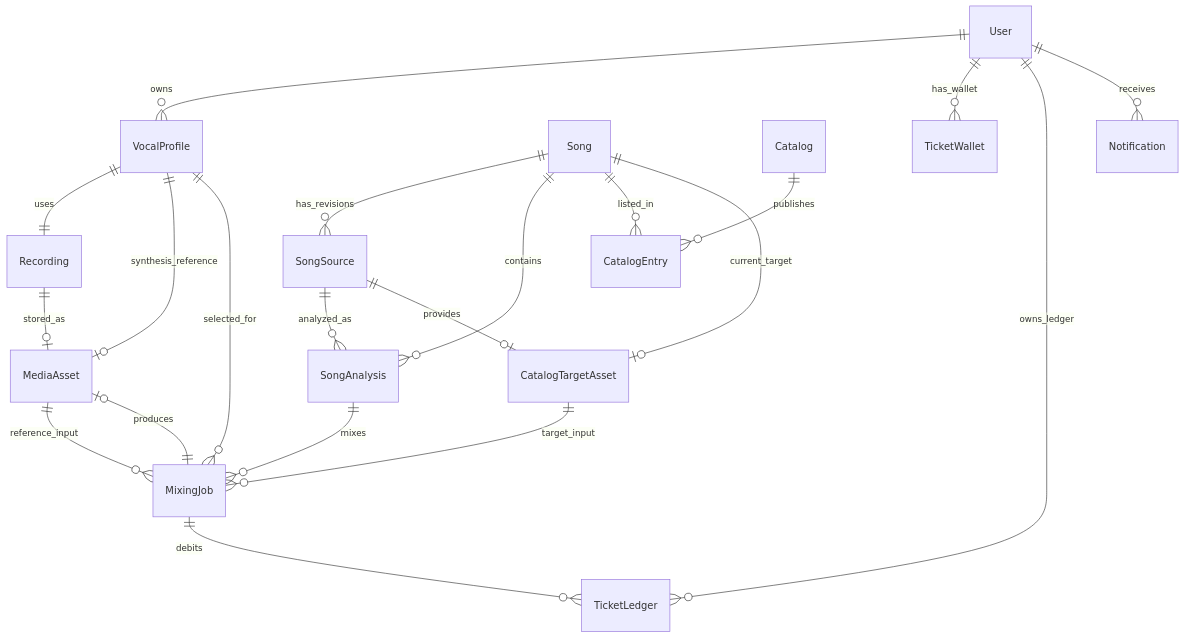
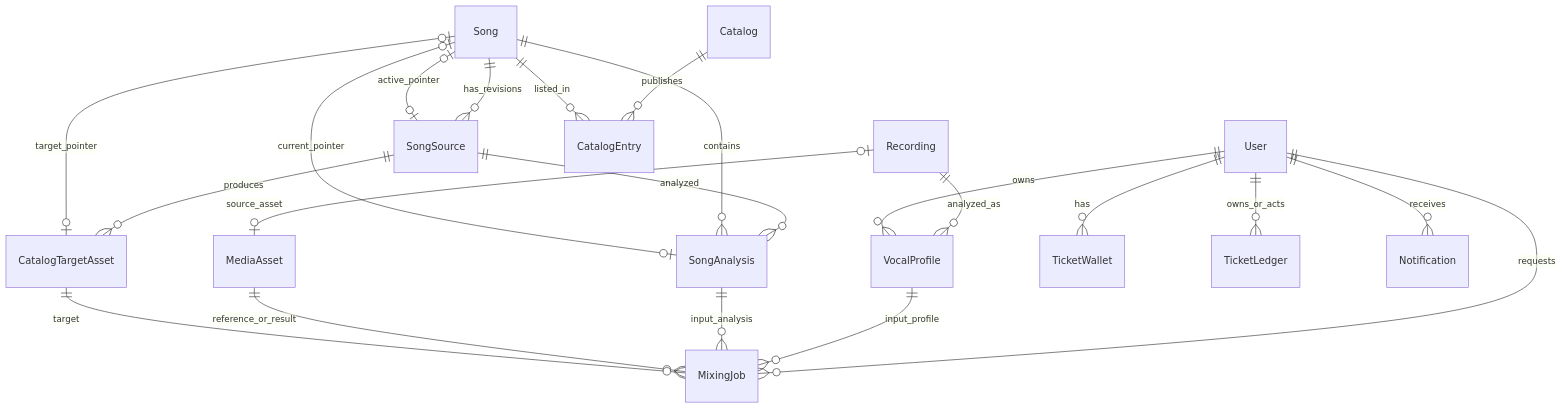
The first of 2 diagrams in openwiki/concepts/domain-data-model.md (leey00nsu/copy-singer), drawn with Mermaid before and after one commit. The commit also changed other lines of this file and 49 other files, not shown here.

````diff
--- a/openwiki/concepts/domain-data-model.md
+++ b/openwiki/concepts/domain-data-model.md
@@ -39,23 +37,23 @@
 ```mermaid
 erDiagram
+    Recording ||--o{ VocalProfile : analyzed_as
+    Recording o|--o| MediaAsset : source_asset
     User ||--o{ VocalProfile : owns
-    VocalProfile ||--|| Recording : uses
-    Recording ||--o| MediaAsset : stored_as
-    VocalProfile ||--o| MediaAsset : synthesis_reference
     Song ||--o{ SongSource : has_revisions
-    SongSource ||--o{ SongAnalysis : analyzed_as
+    SongSource ||--o{ SongAnalysis : analyzed
     Song ||--o{ SongAnalysis : contains
+    Song o|--o| SongSource : active_pointer
+    Song o|--o| SongAnalysis : current_pointer
+    SongSource ||--o{ CatalogTargetAsset : produces
+    Song o|--o| CatalogTargetAsset : target_pointer
+    Catalog ||--o{ CatalogEntry : publishes
     Song ||--o{ CatalogEntry : listed_in
-    Catalog ||--o{ CatalogEntry : publishes
-    SongSource ||--o| CatalogTargetAsset : provides
-    Song ||--o| CatalogTargetAsset : current_target
-    VocalProfile ||--o{ MixingJob : selected_for
-    SongAnalysis ||--o{ MixingJob : mixes
-    MediaAsset ||--o{ MixingJob : reference_input
-    CatalogTargetAsset ||--o{ MixingJob : target_input
-    MixingJob ||--o| MediaAsset : produces
-    MixingJob ||--o{ TicketLedger : debits
-    User ||--o{ TicketWallet : has_wallet
-    User ||--o{ TicketLedger : owns_ledger
+    User ||--o{ MixingJob : requests
+    VocalProfile ||--o{ MixingJob : input_profile
+    SongAnalysis ||--o{ MixingJob : input_analysis
+    MediaAsset ||--o{ MixingJob : reference_or_result
+    CatalogTargetAsset ||--o{ MixingJob : target
+    User ||--o{ TicketWallet : has
+    User ||--o{ TicketLedger : owns_or_acts
     User ||--o{ Notification : receives
 ```
````
